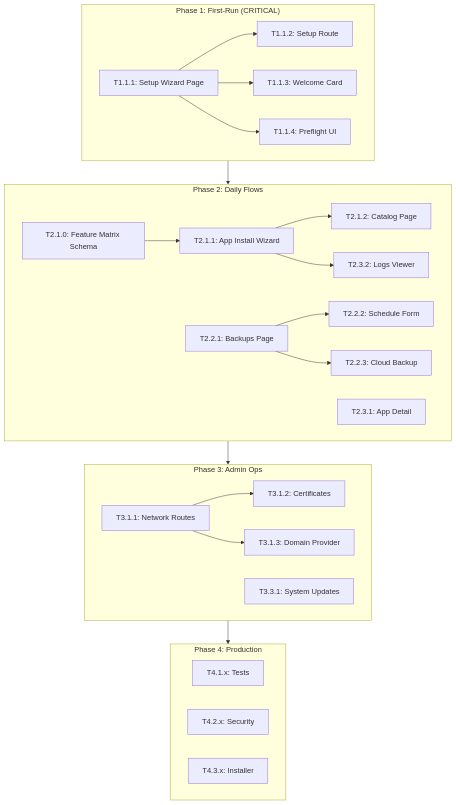
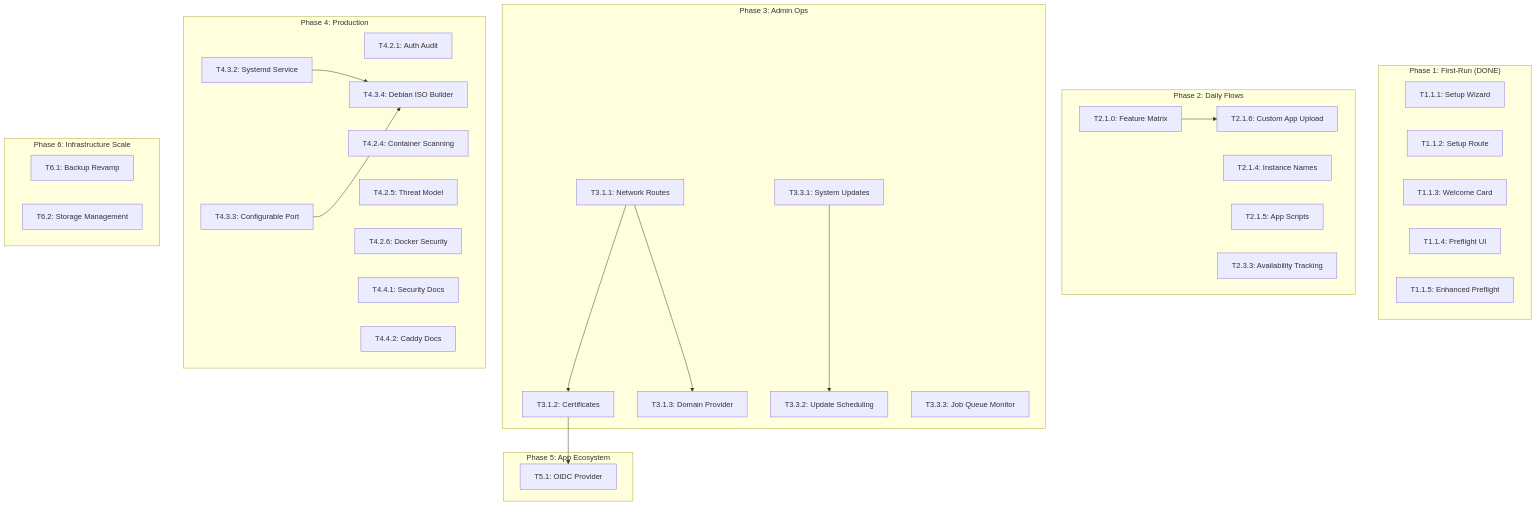
One commit to LibreLoom/LibreServ changed the diagram in ROADMAP.md. Above: the diagram before and after it, drawn with Mermaid. The commit also changed other lines of this file, not shown here.

Commit message:
docs: update ROADMAP with current status and progress

````diff
--- a/ROADMAP.md
+++ b/ROADMAP.md
@@ -1029,49 +804,56 @@
 ```mermaid
 flowchart TB
-    subgraph P1["Phase 1: First-Run (CRITICAL)"]
-        T111[T1.1.1: Setup Wizard Page]
+    subgraph P1["Phase 1: First-Run (DONE)"]
+        T111[T1.1.1: Setup Wizard]
         T112[T1.1.2: Setup Route]
         T113[T1.1.3: Welcome Card]
         T114[T1.1.4: Preflight UI]
+        T115[T1.1.5: Enhanced Preflight]
     end
 
     subgraph P2["Phase 2: Daily Flows"]
-        T210[T2.1.0: Feature Matrix Schema]
-        T211[T2.1.1: App Install Wizard]
-        T212[T2.1.2: Catalog Page]
-        T221[T2.2.1: Backups Page]
-        T222[T2.2.2: Schedule Form]
-        T223[T2.2.3: Cloud Backup]
-        T231[T2.3.1: App Detail]
-        T232[T2.3.2: Logs Viewer]
+        T210[T2.1.0: Feature Matrix]
+        T214[T2.1.4: Instance Names]
+        T215[T2.1.5: App Scripts]
+        T216[T2.1.6: Custom App Upload]
+        T233[T2.3.3: Availability Tracking]
     end
 
     subgraph P3["Phase 3: Admin Ops"]
         T311[T3.1.1: Network Routes]
         T312[T3.1.2: Certificates]
         T313[T3.1.3: Domain Provider]
         T331[T3.3.1: System Updates]
+        T332[T3.3.2: Update Scheduling]
+        T333[T3.3.3: Job Queue Monitor]
     end
 
     subgraph P4["Phase 4: Production"]
-        T411[T4.1.x: Tests]
-        T421[T4.2.x: Security]
-        T431[T4.3.x: Installer]
+        T421[T4.2.1: Auth Audit]
+        T424[T4.2.4: Container Scanning]
+        T425[T4.2.5: Threat Model]
+        T426[T4.2.6: Docker Security]
+        T432[T4.3.2: Systemd Service]
+        T433[T4.3.3: Configurable Port]
+        T434[T4.3.4: Debian ISO Builder]
+        T441[T4.4.1: Security Docs]
+        T442[T4.4.2: Caddy Docs]
     end
 
-    T111 --> T112
-    T111 --> T113
-    T111 --> T114
-    
-    T210 --> T211
-    T211 --> T212
-    T211 --> T232
-    
-    T221 --> T222
-    T221 --> T223
-    
+    subgraph P5["Phase 5: App Ecosystem"]
+        T51[T5.1: OIDC Provider]
+    end
+
+    subgraph P6["Phase 6: Infrastructure Scale"]
+        T61[T6.1: Backup Revamp]
+        T62[T6.2: Storage Management]
+    end
+
+    T210 --> T216
     T311 --> T312
     T311 --> T313
-
-    P1 --> P2 --> P3 --> P4
+    T312 --> T51
+    T331 --> T332
+    T432 --> T434
+    T433 --> T434
 ```
````
